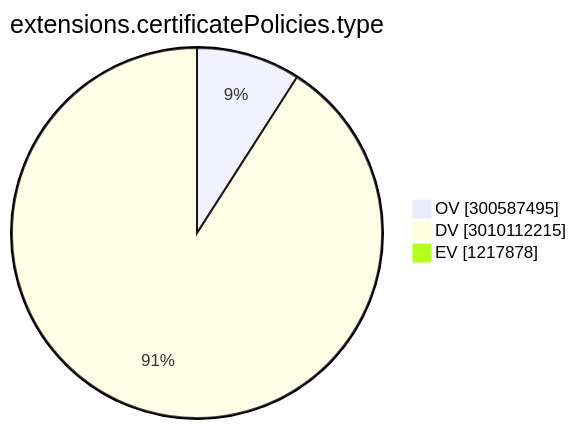
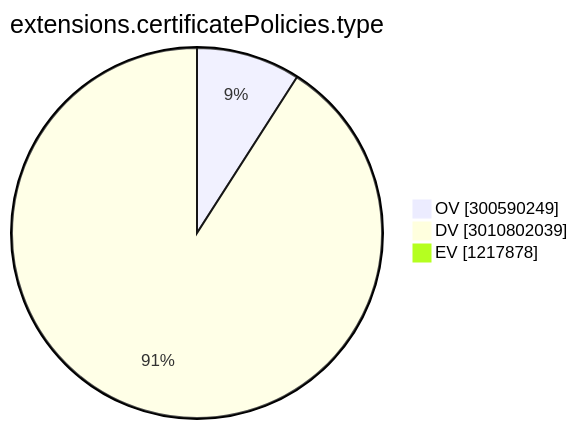
Before and after one commit to christiankrug/ctmonitor_visualization: the ninth of 15 diagrams in TOTAL/README.md, drawn with Mermaid. The commit also changed other lines of this file, not shown here.

````diff
--- a/TOTAL/README.md
+++ b/TOTAL/README.md
@@ -3102,7 +3102,7 @@
 ```mermaid
 pie showData
 title extensions.certificatePolicies.type
-"OV" :300587495
-"DV" :3010112215
+"OV" :300590249
+"DV" :3010802039
 "EV" :1217878
 ```
````
